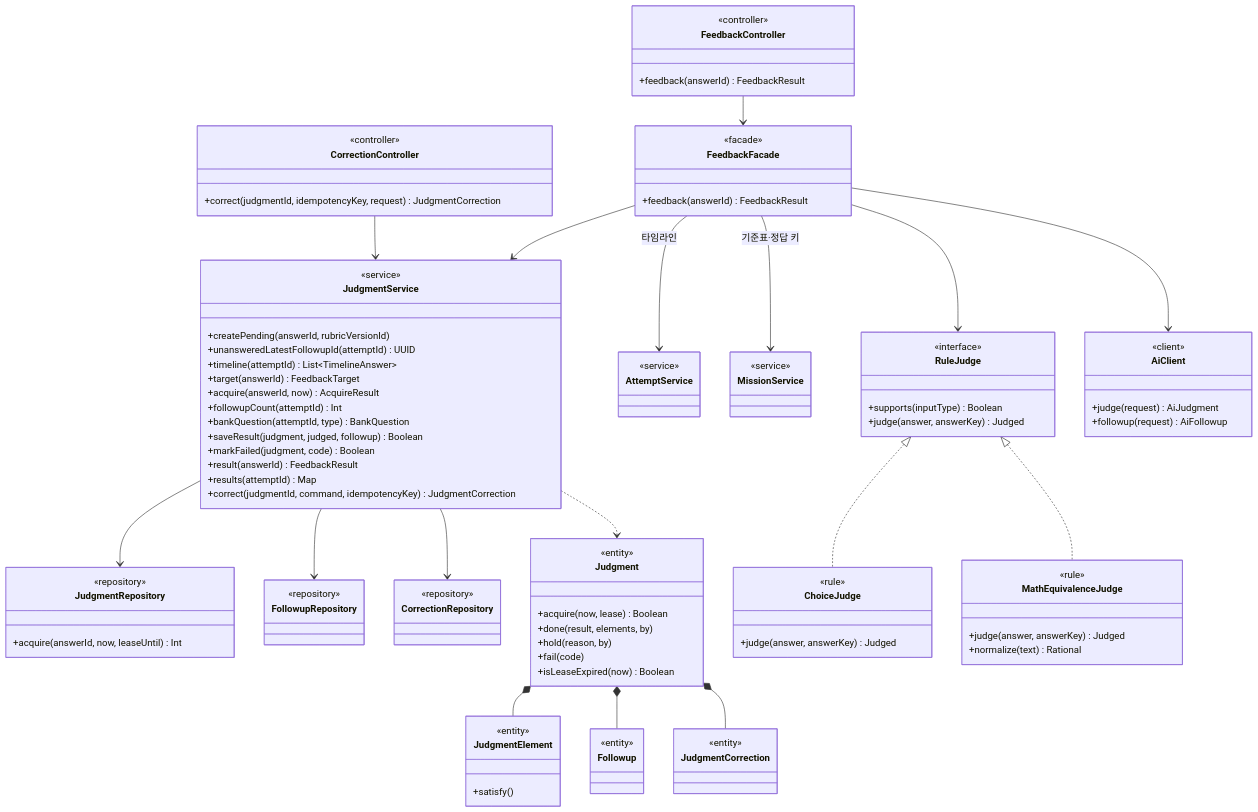
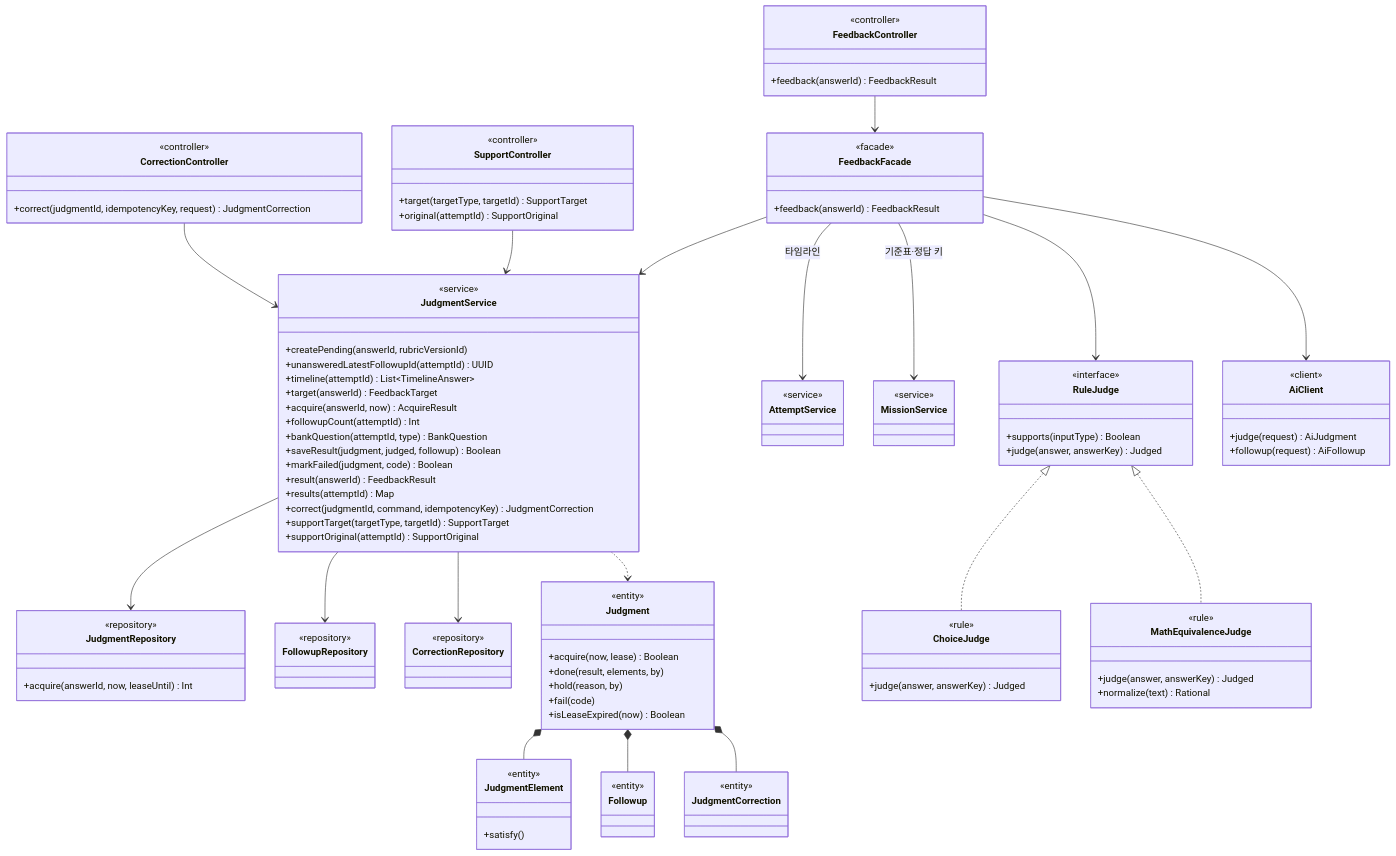
Before and after one commit to SKNETWORKS-FAMILY-AICAMP/SKN34-FINAL-3TEAM: the ninth of 15 diagrams in docs/design/class-diagram.md, drawn with Mermaid. The commit also changed other lines of this file and 1 other file, not shown here.

Commit message:
docs: #146 신고 지원 조회 설계와 판정 ID
api-spec 4.1에 /internal/support/targets·/support/attempts 계약, 3.2·4.1 피드백 결과 judgment.judgmentId, 5.7은 #80·#146 구현으로 사실과 달라진 제목·문장만. class-diagram 4.2에 SupportController와 JudgmentService.supportTarget·supportOriginal

```diff
--- a/docs/design/class-diagram.md
+++ b/docs/design/class-diagram.md
@@ -1278,6 +1278,11 @@
   class CorrectionController {
     <<controller>>
     +correct(judgmentId, idempotencyKey, request) JudgmentCorrection
+  }
+  class SupportController {
+    <<controller>>
+    +target(targetType, targetId) SupportTarget
+    +original(attemptId) SupportOriginal
   }
   class FeedbackFacade {
     <<facade>>
@@ -1297,6 +1302,8 @@
     +result(answerId) FeedbackResult
     +results(attemptId) Map
     +correct(judgmentId, command, idempotencyKey) JudgmentCorrection
+    +supportTarget(targetType, targetId) SupportTarget
+    +supportOriginal(attemptId) SupportOriginal
   }
   class Judgment {
     <<entity>>
@@ -1342,6 +1349,7 @@
 
   FeedbackController --> FeedbackFacade
   CorrectionController --> JudgmentService
+  SupportController --> JudgmentService
   FeedbackFacade --> JudgmentService
   FeedbackFacade --> AttemptService : 타임라인
   FeedbackFacade --> MissionService : 기준표·정답 키
```
